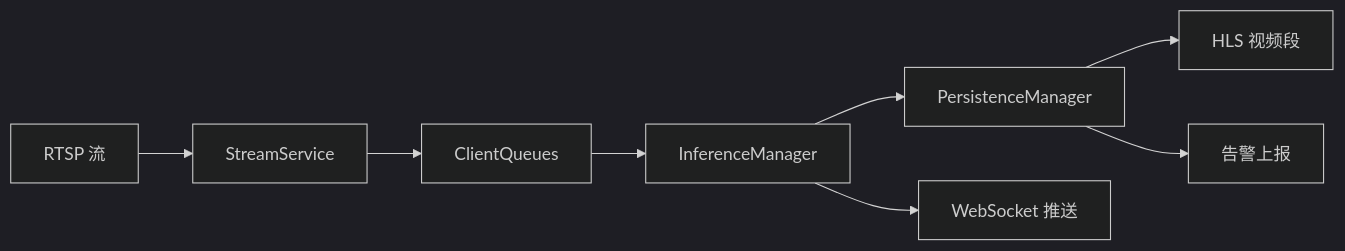
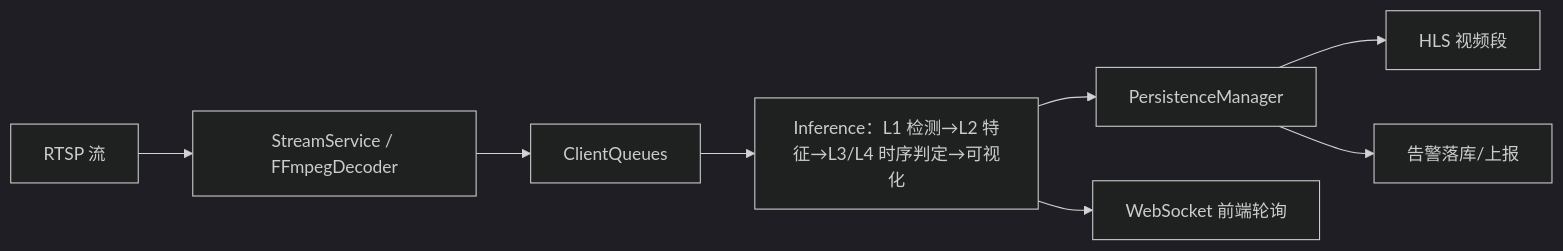
The diagram in README.md (Jiadezhende/CleanSightBackend), drawn with Mermaid (dark theme) before and after one commit. The commit also changed other lines of this file and 1 other file, not shown here.

````diff
--- a/README.md
+++ b/README.md
@@ -153,10 +96,10 @@
 ```mermaid
 graph LR
-    A[RTSP 流] --> B[StreamService]
+    A[RTSP 流] --> B[StreamService / FFmpegDecoder]
     B --> C[ClientQueues]
-    C --> D[InferenceManager]
+    C --> D[Inference：L1 检测→L2 特征→L3/L4 时序判定→可视化]
     D --> E[PersistenceManager]
-    D --> F[WebSocket 推送]
+    D --> F[WebSocket 前端轮询]
     E --> G[HLS 视频段]
-    E --> H[告警上报]
+    E --> H[告警落库/上报]
 ```
````
